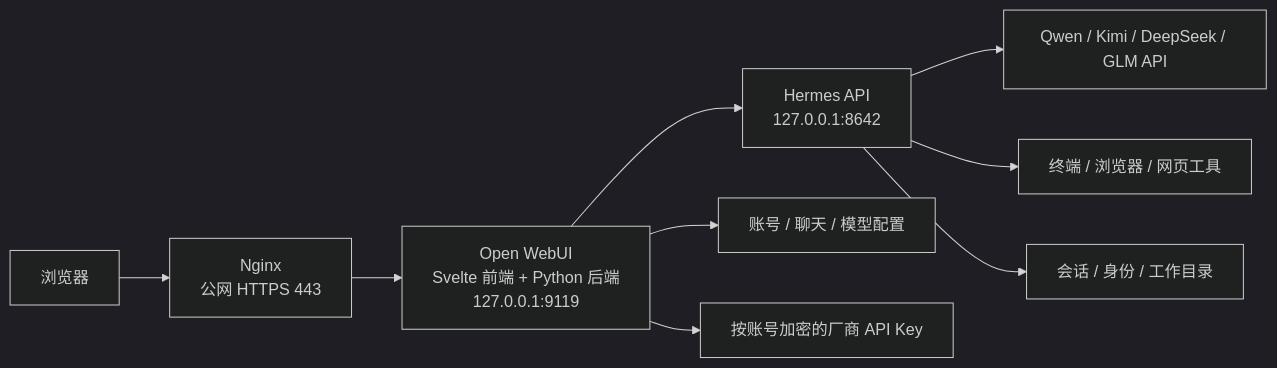
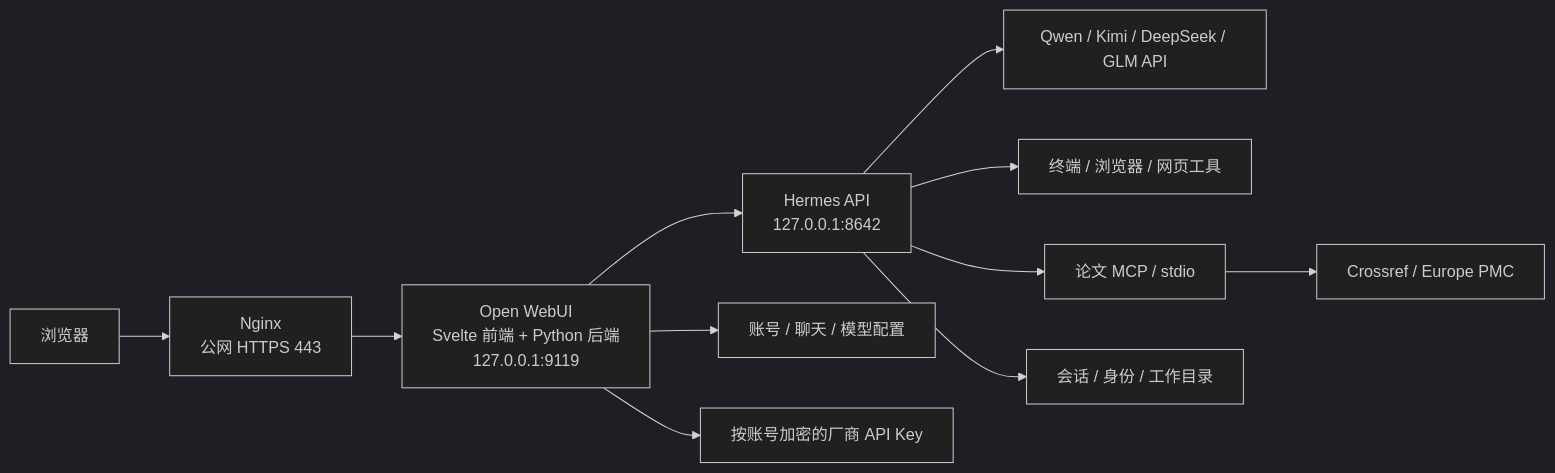
One commit to AcademicResearchAgent/Academic-Research-Hub changed the diagram in docs/development/ARCHITECTURE.md. Above: the diagram before and after it, drawn with Mermaid (dark theme). The commit also changed other lines of this file and 18 other files, not shown here.

````diff
--- a/docs/development/ARCHITECTURE.md
+++ b/docs/development/ARCHITECTURE.md
@@ -5,11 +5,13 @@
 ```mermaid
 flowchart LR
     Browser[浏览器] --> TLS[Nginx\n公网 HTTPS 443]
     TLS --> UI[Open WebUI\nSvelte 前端 + Python 后端\n127.0.0.1:9119]
     UI --> Agent[Hermes API\n127.0.0.1:8642]
     Agent --> LLM[Qwen / Kimi / DeepSeek / GLM API]
     Agent --> Tools[终端 / 浏览器 / 网页工具]
+    Agent --> MCP[论文 MCP / stdio]
+    MCP --> Papers[Crossref / Europe PMC]
     Agent --> State[会话 / 身份 / 工作目录]
     UI --> DB[账号 / 聊天 / 模型配置]
     UI --> Keys[按账号加密的厂商 API Key]
 ```
````
